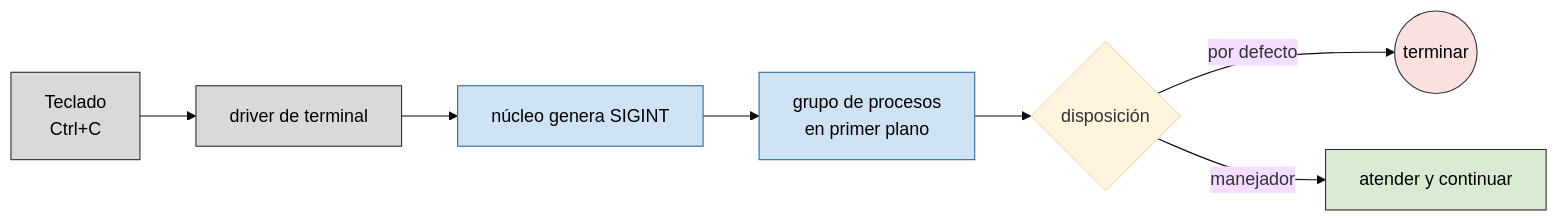
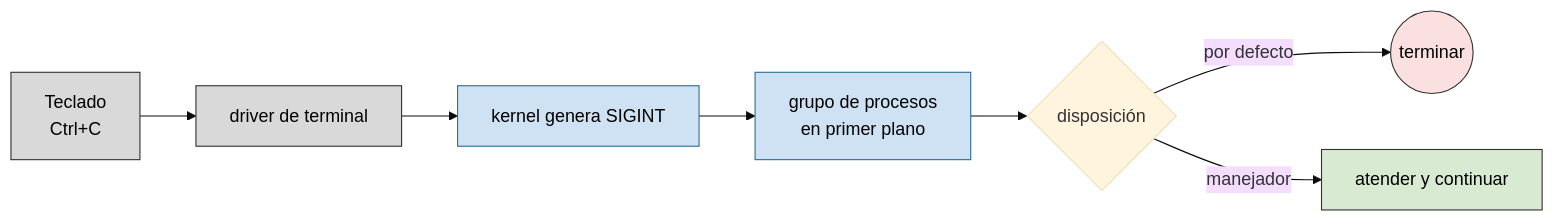
The third of 5 diagrams in TEORIA/08-ipc-senales/README.md (asiermarzo/ssoo), drawn with Mermaid (base theme) before and after one commit. The commit also changed other lines of this file and 18 other files, not shown here.

````diff
--- a/TEORIA/08-ipc-senales/README.md
+++ b/TEORIA/08-ipc-senales/README.md
@@ -62,20 +62,20 @@
 ```mermaid
 flowchart LR
     K["Teclado<br/>Ctrl+C"] --> T["driver de terminal"]
-    T --> SO["núcleo genera SIGINT"]
+    T --> SO["kernel genera SIGINT"]
     SO --> FG["grupo de procesos<br/>en primer plano"]
     FG --> D{"disposición"}
     D -->|por defecto| F(("terminar"))
     D -->|manejador| H["atender y continuar"]
 
     classDef hw fill:#d9d9d9,stroke:#333,color:#000;
     classDef nucleo fill:#cfe2f3,stroke:#2b6f99,color:#000;
     classDef proceso fill:#cfe2f3,stroke:#2b6f99,color:#000;
     classDef fin fill:#fbe0e0,stroke:#333,color:#000;
     classDef ok fill:#d9ead3,stroke:#333,color:#000;
     class K,T hw;
     class SO nucleo;
     class FG proceso;
     class F fin;
     class H ok;
 ```
````
